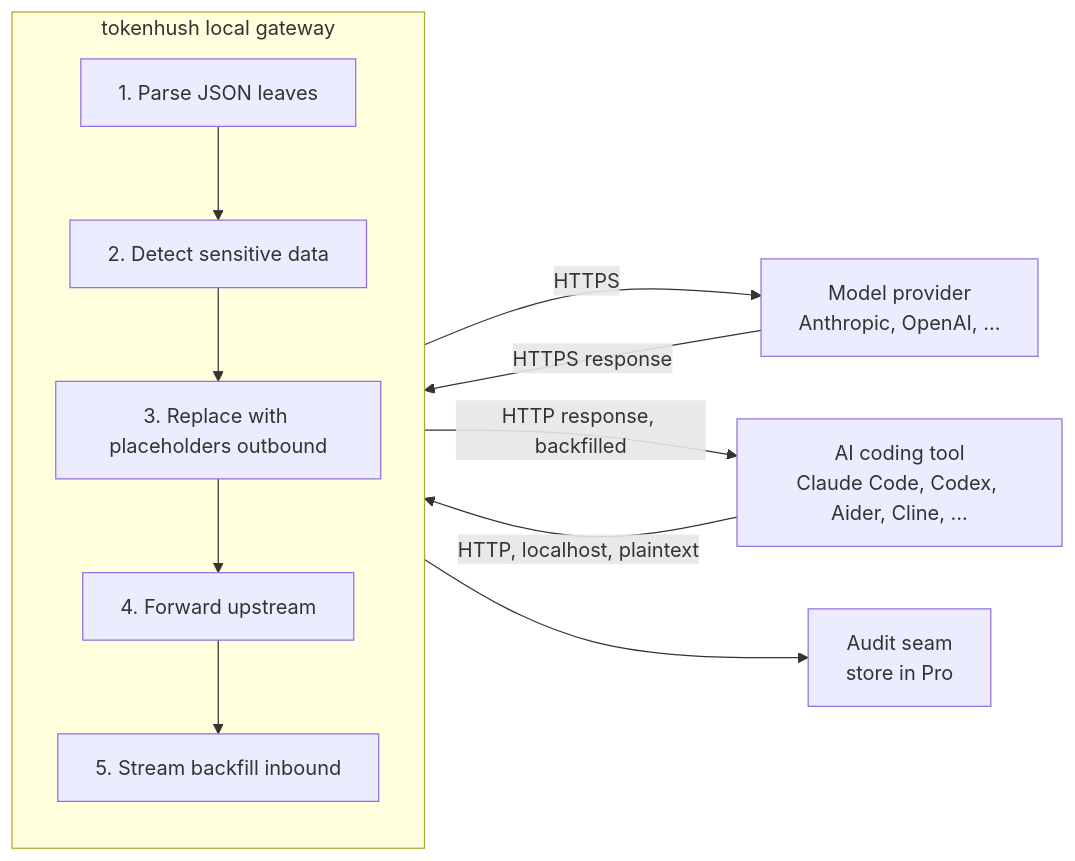
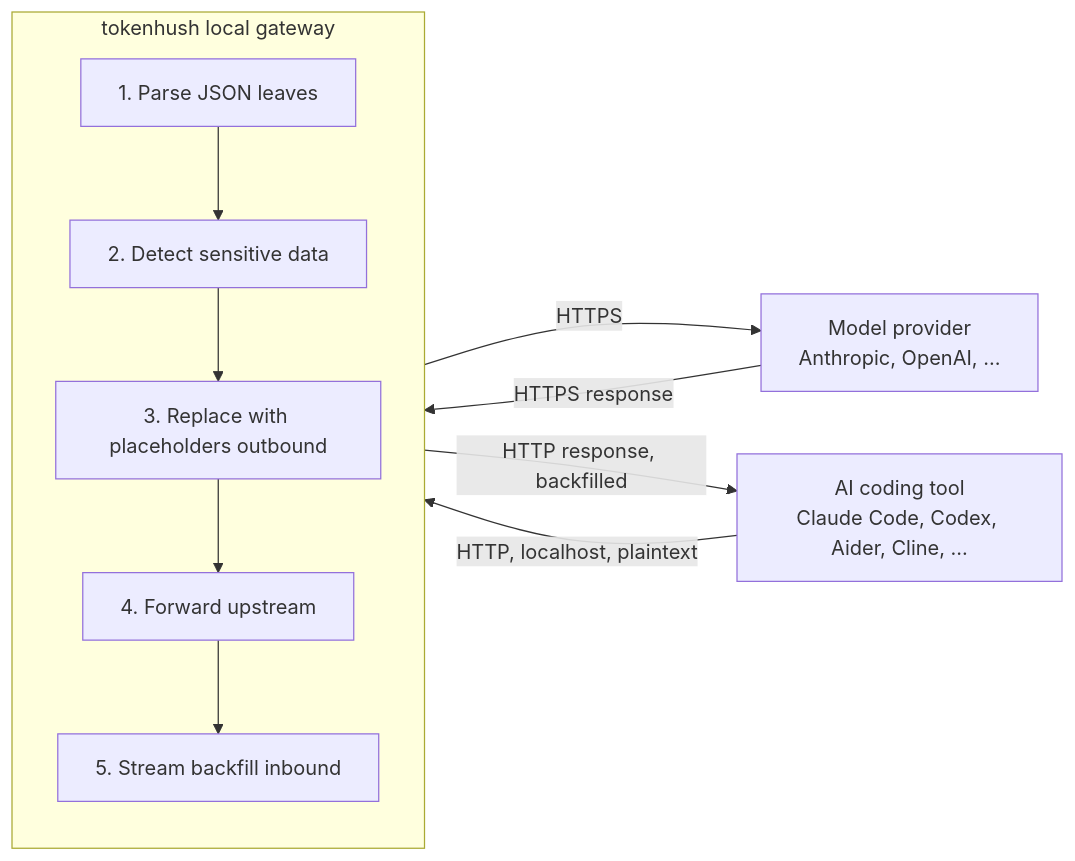
One commit to fregie/tokenhush changed the diagram in docs/architecture.md. Above: the diagram before and after it, drawn with Mermaid. The commit also changed other lines of this file and 19 other files, not shown here.

````diff
--- a/docs/architecture.md
+++ b/docs/architecture.md
@@ -29,22 +28,20 @@
 ```mermaid
 flowchart LR
   Tool["AI coding tool<br/>Claude Code, Codex, Aider, Cline, ..."]
   Up["Model provider<br/>Anthropic, OpenAI, ..."]
-  Store["Audit seam<br/>store in Pro"]
 
   subgraph GW["tokenhush local gateway"]
     direction TB
     S1["1. Parse JSON leaves"]
     S2["2. Detect sensitive data"]
     S3["3. Replace with placeholders outbound"]
     S4["4. Forward upstream"]
     S5["5. Stream backfill inbound"]
     S1 --> S2 --> S3 --> S4 --> S5
   end
 
   Tool -- "HTTP, localhost, plaintext" --> GW
   GW -- "HTTPS" --> Up
   Up -- "HTTPS response" --> GW
   GW -- "HTTP response, backfilled" --> Tool
-  GW --> Store
 ```
````
